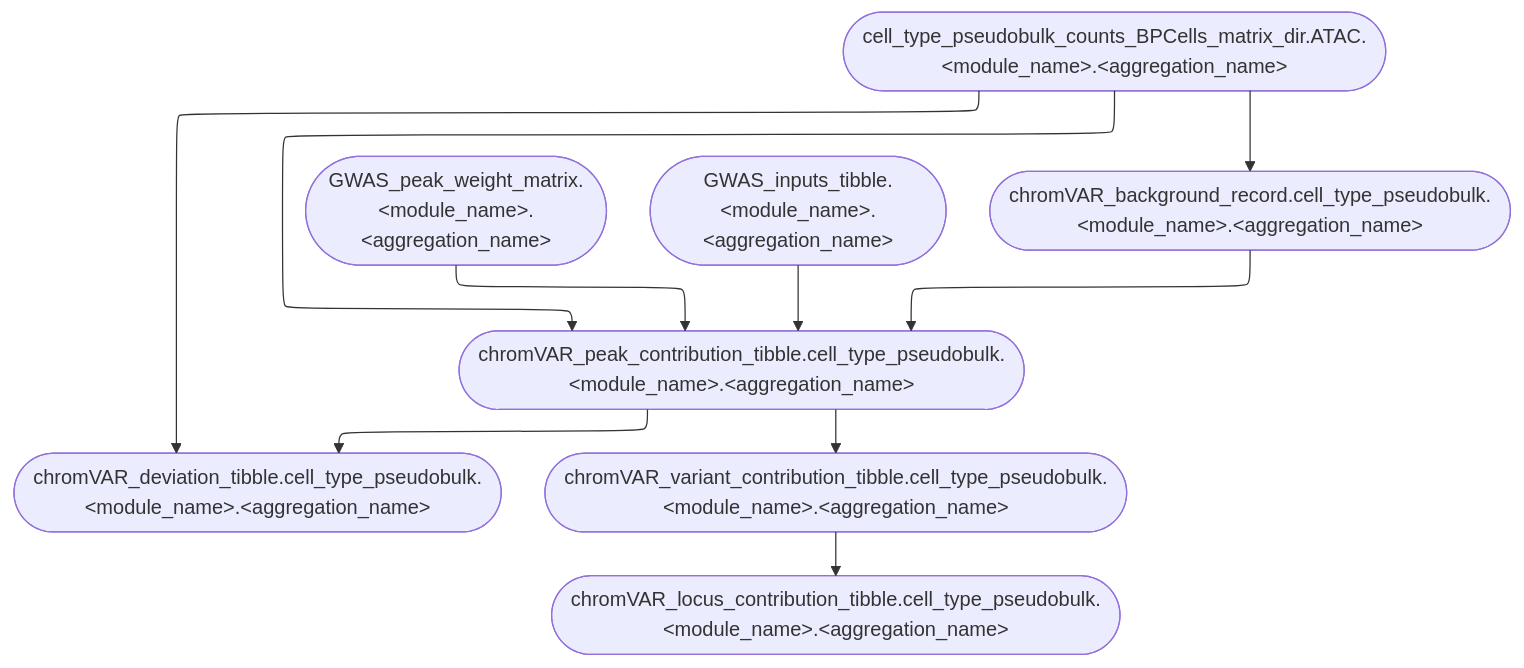
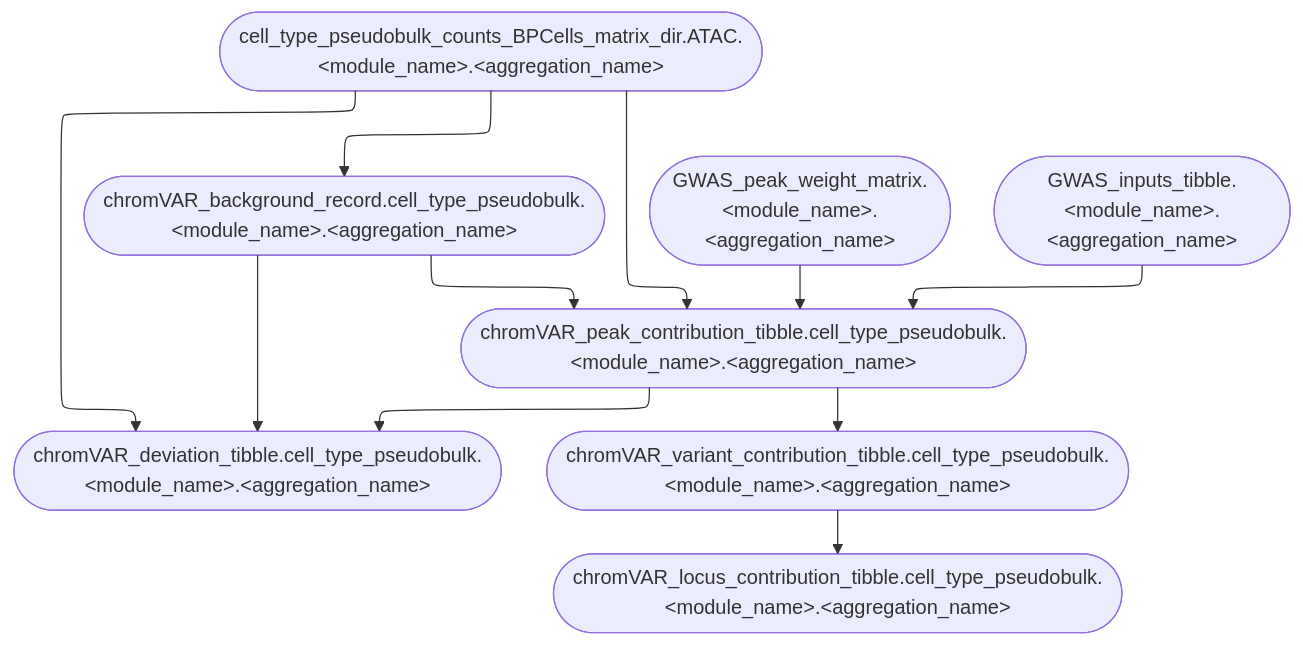
The diagram in website/figures/human_curated/genetic_enrichment_cell_type_contributions_v2.mmd (koefoeden/multiomeR), drawn with Mermaid before and after one commit. The commit also changed 10 other files, not shown here.

```diff
--- a/website/figures/human_curated/genetic_enrichment_cell_type_contributions_v2.mmd
+++ b/website/figures/human_curated/genetic_enrichment_cell_type_contributions_v2.mmd
@@ -1,11 +1,12 @@
 %%{init: {'flowchart': {'defaultRenderer': 'elk'}}}%%
 flowchart TB
   chromVAR_peak_contribution_tibble.cell_type_pseudobulk.genetic_enrichment.immune_human_2x(["chromVAR_peak_contribution_tibble.cell_type_pseudobulk.&lt;module_name&gt;.&lt;aggregation_name&gt;"]):::none --> chromVAR_deviation_tibble.cell_type_pseudobulk.genetic_enrichment.immune_human_2x(["chromVAR_deviation_tibble.cell_type_pseudobulk.&lt;module_name&gt;.&lt;aggregation_name&gt;"]):::none
   chromVAR_variant_contribution_tibble.cell_type_pseudobulk.genetic_enrichment.immune_human_2x(["chromVAR_variant_contribution_tibble.cell_type_pseudobulk.&lt;module_name&gt;.&lt;aggregation_name&gt;"]):::none --> chromVAR_locus_contribution_tibble.cell_type_pseudobulk.genetic_enrichment.immune_human_2x(["chromVAR_locus_contribution_tibble.cell_type_pseudobulk.&lt;module_name&gt;.&lt;aggregation_name&gt;"]):::none
+  chromVAR_background_record.cell_type_pseudobulk.genetic_enrichment.immune_human_2x(["chromVAR_background_record.cell_type_pseudobulk.&lt;module_name&gt;.&lt;aggregation_name&gt;"]):::none --> chromVAR_peak_contribution_tibble.cell_type_pseudobulk.genetic_enrichment.immune_human_2x(["chromVAR_peak_contribution_tibble.cell_type_pseudobulk.&lt;module_name&gt;.&lt;aggregation_name&gt;"]):::none
   GWAS_peak_weight_matrix.genetic_enrichment.immune_human_2x(["GWAS_peak_weight_matrix.&lt;module_name&gt;.&lt;aggregation_name&gt;"]):::none --> chromVAR_peak_contribution_tibble.cell_type_pseudobulk.genetic_enrichment.immune_human_2x(["chromVAR_peak_contribution_tibble.cell_type_pseudobulk.&lt;module_name&gt;.&lt;aggregation_name&gt;"]):::none
   GWAS_inputs_tibble.genetic_enrichment.immune_human_2x(["GWAS_inputs_tibble.&lt;module_name&gt;.&lt;aggregation_name&gt;"]):::none --> chromVAR_peak_contribution_tibble.cell_type_pseudobulk.genetic_enrichment.immune_human_2x(["chromVAR_peak_contribution_tibble.cell_type_pseudobulk.&lt;module_name&gt;.&lt;aggregation_name&gt;"]):::none
-  chromVAR_background_record.cell_type_pseudobulk.genetic_enrichment.immune_human_2x(["chromVAR_background_record.cell_type_pseudobulk.&lt;module_name&gt;.&lt;aggregation_name&gt;"]):::none --> chromVAR_peak_contribution_tibble.cell_type_pseudobulk.genetic_enrichment.immune_human_2x(["chromVAR_peak_contribution_tibble.cell_type_pseudobulk.&lt;module_name&gt;.&lt;aggregation_name&gt;"]):::none
   chromVAR_peak_contribution_tibble.cell_type_pseudobulk.genetic_enrichment.immune_human_2x(["chromVAR_peak_contribution_tibble.cell_type_pseudobulk.&lt;module_name&gt;.&lt;aggregation_name&gt;"]):::none --> chromVAR_variant_contribution_tibble.cell_type_pseudobulk.genetic_enrichment.immune_human_2x(["chromVAR_variant_contribution_tibble.cell_type_pseudobulk.&lt;module_name&gt;.&lt;aggregation_name&gt;"]):::none
   cell_type_pseudobulk_counts_BPCells_matrix_dir.ATAC.genetic_enrichment.immune_human_2x(["cell_type_pseudobulk_counts_BPCells_matrix_dir.ATAC.&lt;module_name&gt;.&lt;aggregation_name&gt;"]):::none --> chromVAR_background_record.cell_type_pseudobulk.genetic_enrichment.immune_human_2x(["chromVAR_background_record.cell_type_pseudobulk.&lt;module_name&gt;.&lt;aggregation_name&gt;"]):::none
   cell_type_pseudobulk_counts_BPCells_matrix_dir.ATAC.genetic_enrichment.immune_human_2x(["cell_type_pseudobulk_counts_BPCells_matrix_dir.ATAC.&lt;module_name&gt;.&lt;aggregation_name&gt;"]):::none --> chromVAR_peak_contribution_tibble.cell_type_pseudobulk.genetic_enrichment.immune_human_2x(["chromVAR_peak_contribution_tibble.cell_type_pseudobulk.&lt;module_name&gt;.&lt;aggregation_name&gt;"]):::none
   cell_type_pseudobulk_counts_BPCells_matrix_dir.ATAC.genetic_enrichment.immune_human_2x(["cell_type_pseudobulk_counts_BPCells_matrix_dir.ATAC.&lt;module_name&gt;.&lt;aggregation_name&gt;"]):::none --> chromVAR_deviation_tibble.cell_type_pseudobulk.genetic_enrichment.immune_human_2x(["chromVAR_deviation_tibble.cell_type_pseudobulk.&lt;module_name&gt;.&lt;aggregation_name&gt;"]):::none
+  chromVAR_background_record.cell_type_pseudobulk.genetic_enrichment.immune_human_2x(["chromVAR_background_record.cell_type_pseudobulk.&lt;module_name&gt;.&lt;aggregation_name&gt;"]):::none --> chromVAR_deviation_tibble.cell_type_pseudobulk.genetic_enrichment.immune_human_2x(["chromVAR_deviation_tibble.cell_type_pseudobulk.&lt;module_name&gt;.&lt;aggregation_name&gt;"]):::none
```
